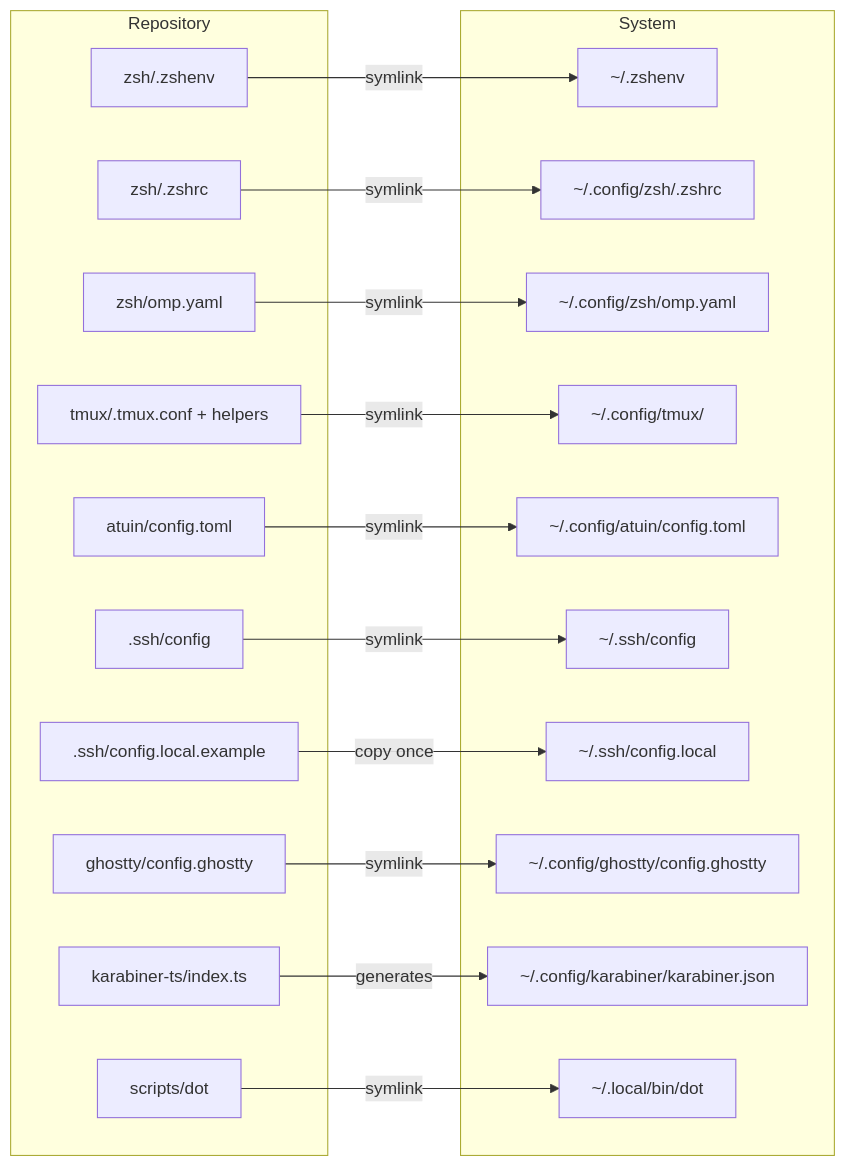
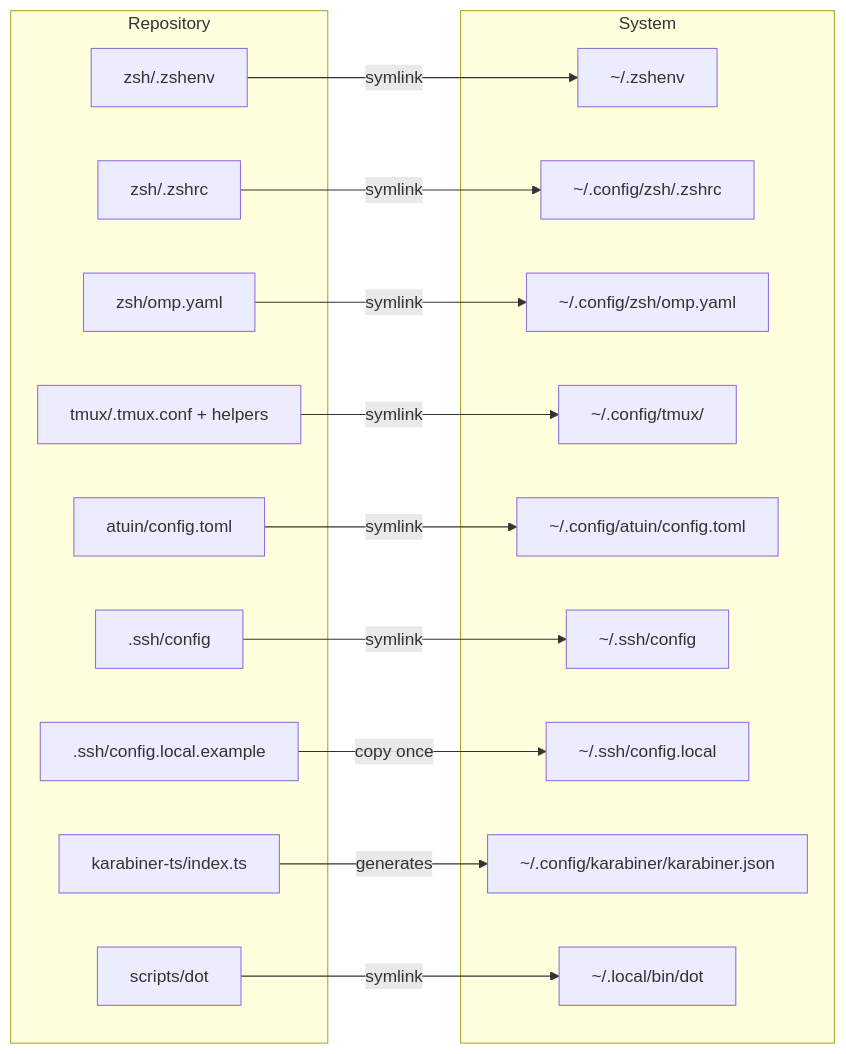
The diagram in README.md (kaygdotorg/dotfiles), drawn with Mermaid before and after one commit. The commit also changed other lines of this file and 6 other files, not shown here.

````diff
--- a/README.md
+++ b/README.md
@@ -200,39 +199,36 @@
 ```mermaid
 graph LR
     subgraph Repository
         A["zsh/.zshenv"]
         B["zsh/.zshrc"]
         C["zsh/omp.yaml"]
         T["tmux/.tmux.conf + helpers"]
         E["atuin/config.toml"]
         F[".ssh/config"]
         F2[".ssh/config.local.example"]
-        I["ghostty/config.ghostty"]
         G["karabiner-ts/index.ts"]
         H["scripts/dot"]
     end
 
     subgraph System
         A1["~/.zshenv"]
         B1["~/.config/zsh/.zshrc"]
         C1["~/.config/zsh/omp.yaml"]
         T1["~/.config/tmux/"]
         E1["~/.config/atuin/config.toml"]
         F1["~/.ssh/config"]
         F21["~/.ssh/config.local"]
-        I1["~/.config/ghostty/config.ghostty"]
         G1["~/.config/karabiner/karabiner.json"]
         H1["~/.local/bin/dot"]
     end
 
     A -->|symlink| A1
     B -->|symlink| B1
     C -->|symlink| C1
     T -->|symlink| T1
     E -->|symlink| E1
     F -->|symlink| F1
     F2 -->|copy once| F21
-    I -->|symlink| I1
     G -->|generates| G1
     H -->|symlink| H1
 ```
````
